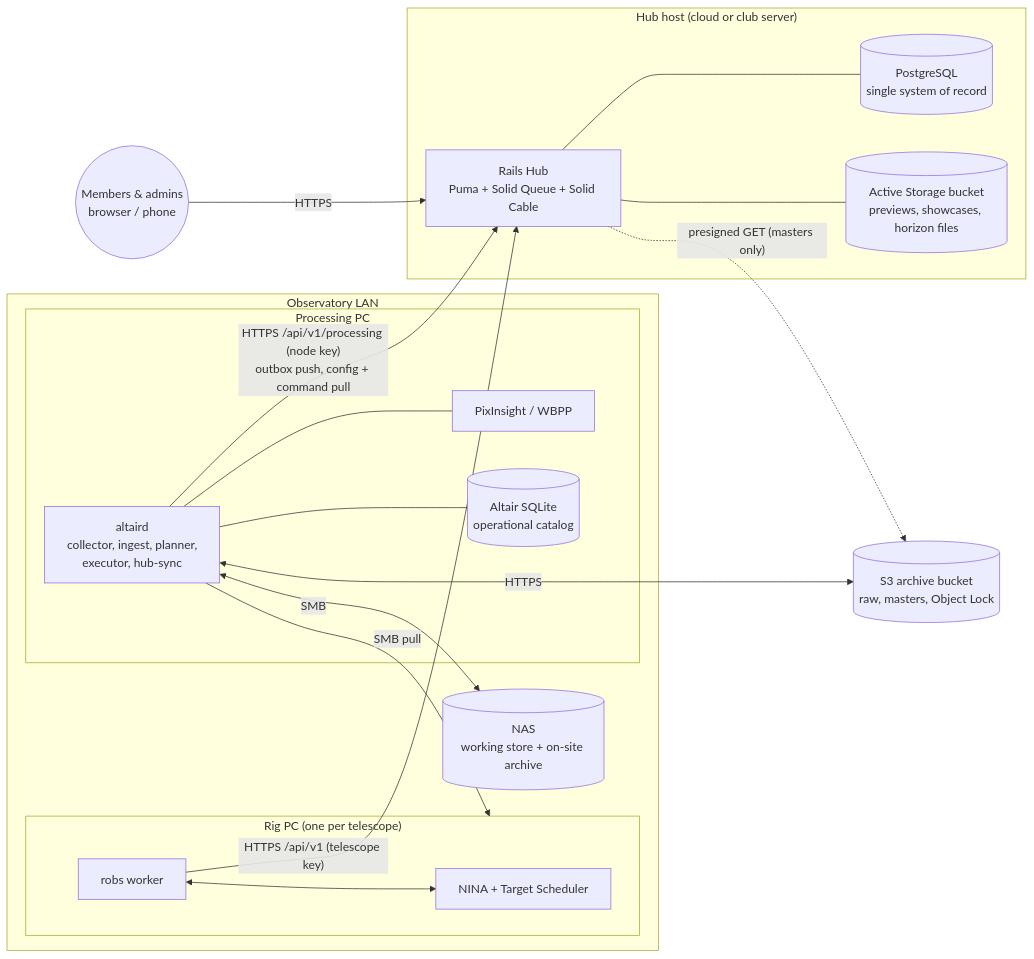
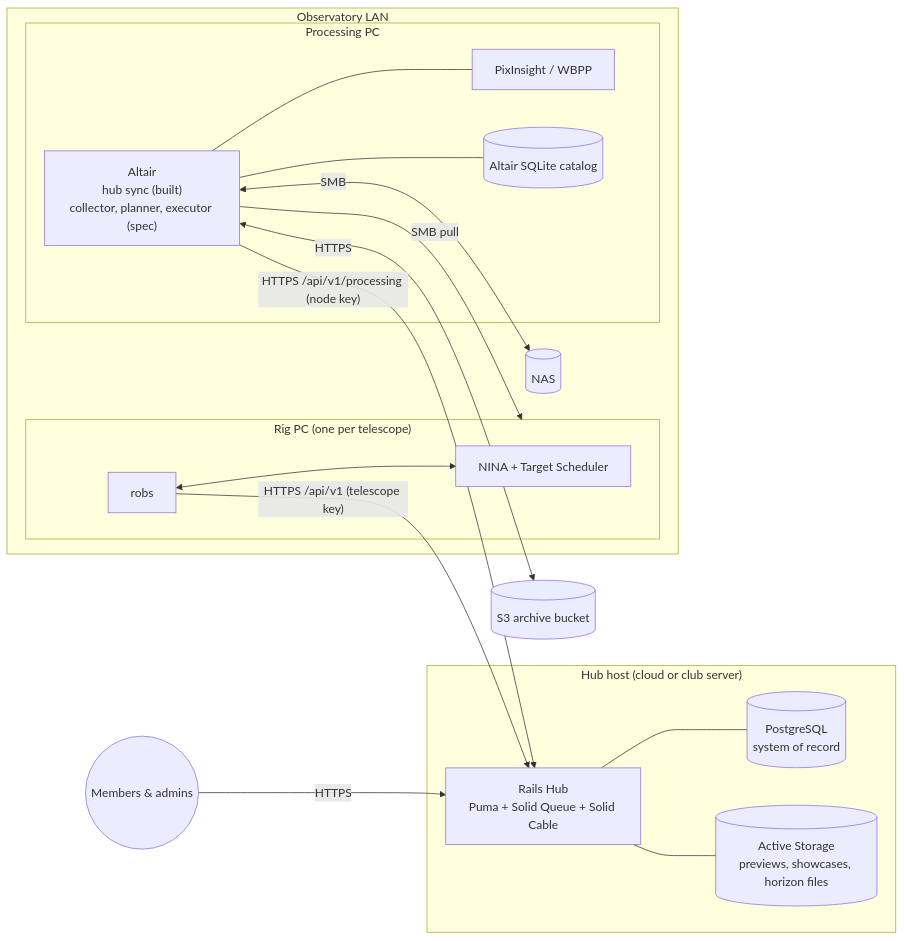
The first of 3 diagrams in docs/SYSTEM_ARCHITECTURE.md (cecomp64/altair-observatory-system), drawn with Mermaid before and after one commit. The commit also changed other lines of this file and 15 other files, not shown here.

First line of the commit message:
Docs: architecture describes the current repository; archive the plan

````diff
--- a/docs/SYSTEM_ARCHITECTURE.md
+++ b/docs/SYSTEM_ARCHITECTURE.md
@@ -131,36 +114,35 @@
 ```mermaid
 flowchart LR
   subgraph Cloud["Hub host (cloud or club server)"]
     HUB["Rails Hub<br/>Puma + Solid Queue + Solid Cable"]
-    PG[("PostgreSQL<br/>single system of record")]
-    AS[("Active Storage bucket<br/>previews, showcases, horizon files")]
+    PG[("PostgreSQL<br/>system of record")]
+    AS[("Active Storage<br/>previews, showcases, horizon files")]
     HUB --- PG
     HUB --- AS
   end
 
   subgraph Obs["Observatory LAN"]
     subgraph Rig["Rig PC (one per telescope)"]
       NINA["NINA + Target Scheduler"]
-      W["robs worker"]
+      W["robs"]
       W <--> NINA
     end
     subgraph Proc["Processing PC"]
-      ALT["altaird<br/>collector, ingest, planner,<br/>executor, hub-sync"]
+      ALT["Altair<br/>hub sync (built)<br/>collector, planner, executor (spec)"]
       PI["PixInsight / WBPP"]
-      SQL[("Altair SQLite<br/>operational catalog")]
+      SQL[("Altair SQLite catalog")]
       ALT --- PI
       ALT --- SQL
     end
-    NAS[("NAS<br/>working store + on-site archive")]
+    NAS[("NAS")]
   end
 
-  S3[("S3 archive bucket<br/>raw, masters, Object Lock")]
+  S3[("S3 archive bucket")]
 
-  Browser(("Members & admins<br/>browser / phone")) -->|HTTPS| HUB
+  Browser(("Members & admins")) -->|HTTPS| HUB
   W -->|"HTTPS /api/v1 (telescope key)"| HUB
-  ALT -->|"HTTPS /api/v1/processing (node key)<br/>outbox push, config + command pull"| HUB
+  ALT -->|"HTTPS /api/v1/processing (node key)"| HUB
   ALT -->|SMB pull| Rig
   ALT <-->|SMB| NAS
   ALT <-->|HTTPS| S3
-  HUB -.->|"presigned GET (masters only)"| S3
 ```
````
